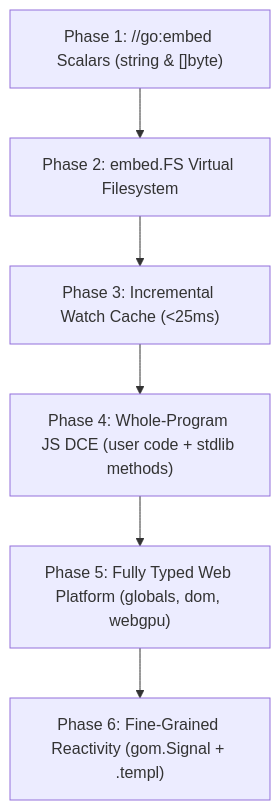
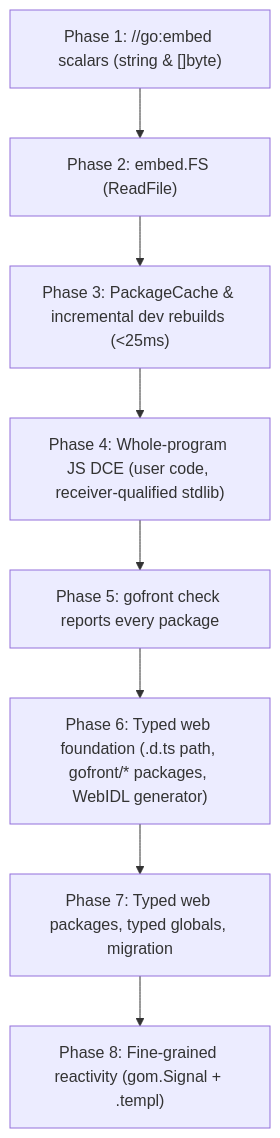
Before and after one commit to seriva/gofront: the diagram in plans/v2.0.0/web-platform-evolution-plan.md, drawn with Mermaid. The commit also changed other lines of this file and 20 other files, not shown here.

````diff
--- a/plans/v2.0.0/web-platform-evolution-plan.md
+++ b/plans/v2.0.0/web-platform-evolution-plan.md
@@ -71,8 +84,10 @@
 ```mermaid
 flowchart TD
-    P1["Phase 1: //go:embed Scalars (string & []byte)"] --> P2["Phase 2: embed.FS Virtual Filesystem"]
-    P2 --> P3["Phase 3: Incremental Watch Cache (<25ms)"]
-    P3 --> P4["Phase 4: Whole-Program JS DCE (user code + stdlib methods)"]
-    P4 --> P5["Phase 5: Fully Typed Web Platform (globals, dom, webgpu)"]
-    P5 --> P6["Phase 6: Fine-Grained Reactivity (gom.Signal + .templ)"]
+    P1["Phase 1: //go:embed scalars (string & []byte)"] --> P2["Phase 2: embed.FS (ReadFile)"]
+    P2 --> P3["Phase 3: PackageCache & incremental dev rebuilds (<25ms)"]
+    P3 --> P4["Phase 4: Whole-program JS DCE (user code, receiver-qualified stdlib)"]
+    P4 --> P5["Phase 5: gofront check reports every package"]
+    P5 --> P6["Phase 6: Typed web foundation (.d.ts path, gofront/* packages, WebIDL generator)"]
+    P6 --> P7["Phase 7: Typed web packages, typed globals, migration"]
+    P7 --> P8["Phase 8: Fine-grained reactivity (gom.Signal + .templ)"]
 ```
````
